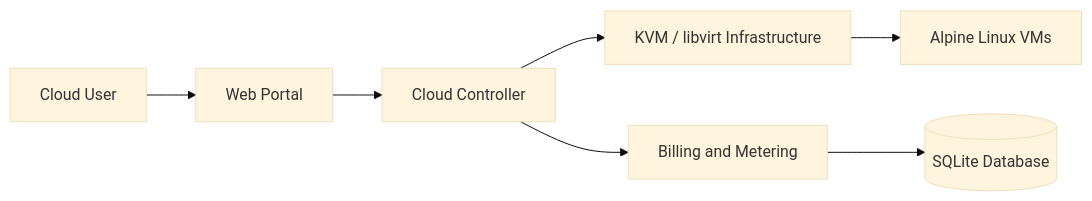
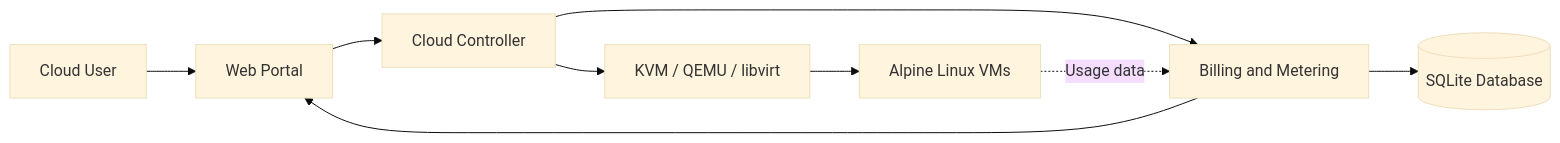
The first of 2 diagrams in README.md (prashik-vlsi/kvm-private-cloud-portfolio), drawn with Mermaid (base theme) before and after one commit. The commit also changed other lines of this file, not shown here.

````diff
--- a/README.md
+++ b/README.md
@@ -24,9 +55,11 @@
 ```mermaid
 flowchart LR
     User["Cloud User"] --> Portal["Web Portal"]
     Portal --> Controller["Cloud Controller"]
-    Controller --> Infra["KVM / libvirt Infrastructure"]
+    Controller --> Infra["KVM / QEMU / libvirt"]
     Infra --> VMs["Alpine Linux VMs"]
-    Controller --> Billing["Billing and Metering"]
-    Billing --> DB[("SQLite Database")]
+    Controller --> Metering["Billing and Metering"]
+    VMs -. "Usage data" .-> Metering
+    Metering --> DB[("SQLite Database")]
+    Metering --> Portal
 ```
````
